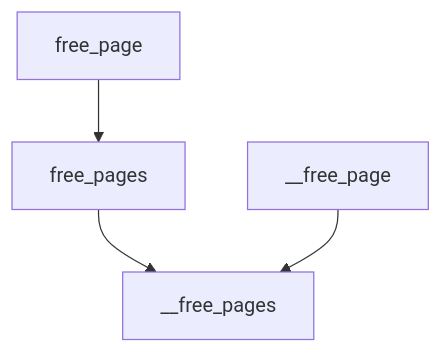
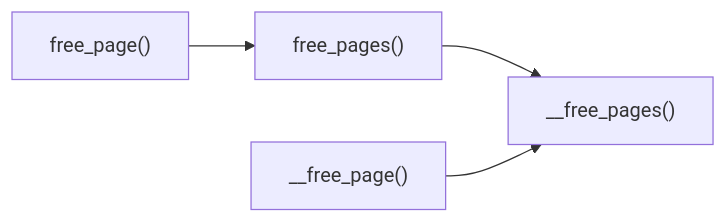
The fourth of 5 diagrams in docs/08-内存管理.md (liushupeng/LinuxKernel), drawn with Mermaid before and after one commit. The commit also changed other lines of this file, not shown here.

````diff
--- a/docs/08-内存管理.md
+++ b/docs/08-内存管理.md
@@ -267,6 +706,6 @@
 ```mermaid
-graph TD
-    A[free_page] --> B[free_pages]
-    B[free_pages] --> D[__free_pages]
-    C[__free_page] --> D[__free_pages]
+graph LR
+    A["free_page()"] --> B["free_pages()"]
+    B["free_pages()"] --> D["__free_pages()"]
+    C["__free_page()"] --> D["__free_pages()"]
 ```
````
